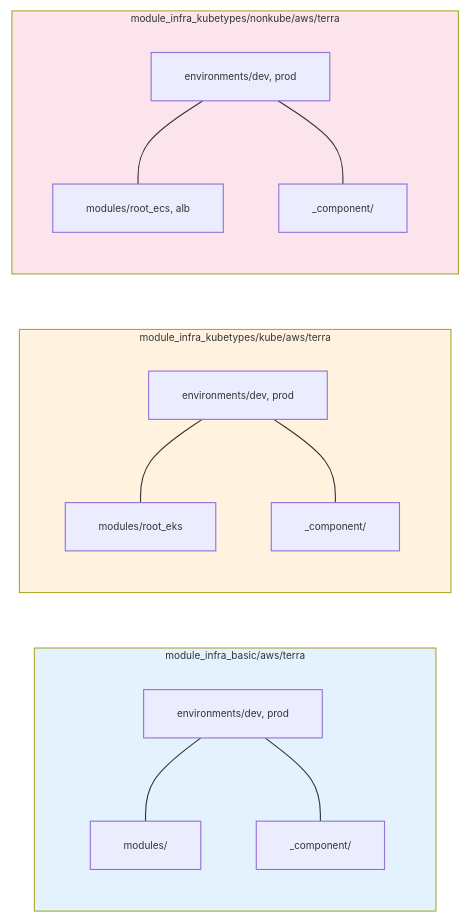
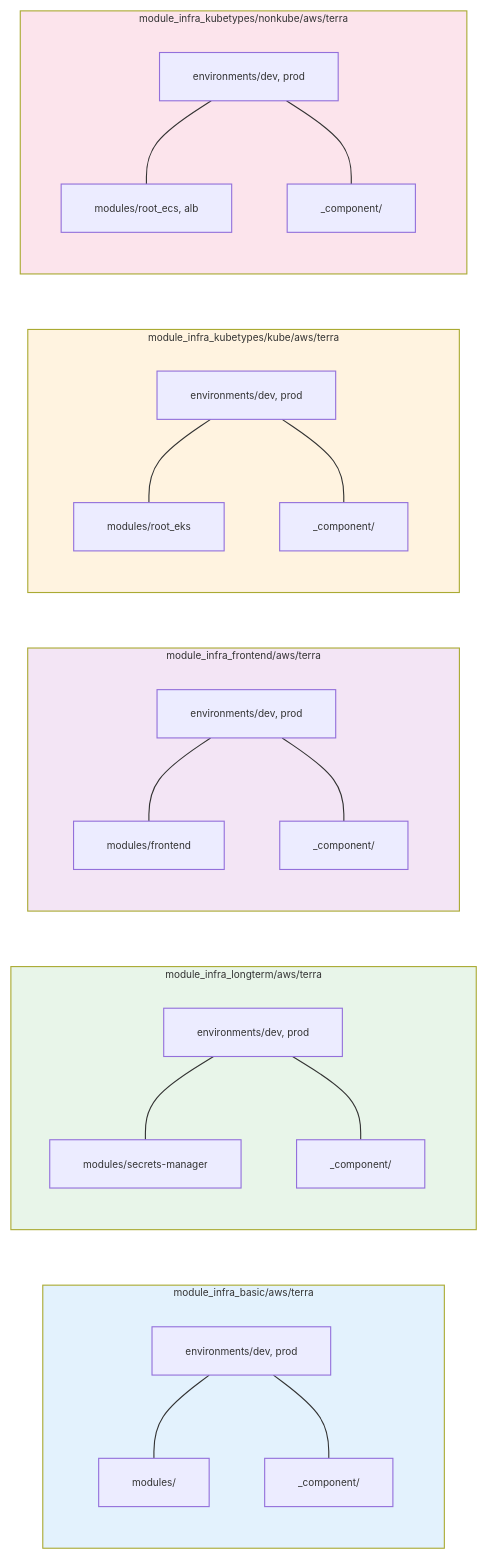
The first of 3 diagrams in docs/learned/TERRA_LEARNED_TOTAL.md (horselord-joe-8053/ultra-fru-genai-analytics), drawn with Mermaid before and after one commit. The commit also changed other lines of this file and 47 other files, not shown here.

````diff
--- a/docs/learned/TERRA_LEARNED_TOTAL.md
+++ b/docs/learned/TERRA_LEARNED_TOTAL.md
@@ -17,28 +17,44 @@
 ```mermaid
 %%{init: {'themeVariables': {'fontSize': '9px'}}}%%
 flowchart LR
   subgraph basic["module_infra_basic/aws/terra"]
     B_env[environments/dev, prod]
     B_mod[modules/]
     B_comp[_component/]
     B_env --- B_mod
     B_env --- B_comp
+  end
+  subgraph longterm["module_infra_longterm/aws/terra"]
+    L_env[environments/dev, prod]
+    L_mod[modules/secrets-manager]
+    L_comp[_component/]
+    L_env --- L_mod
+    L_env --- L_comp
+  end
+  subgraph frontend["module_infra_frontend/aws/terra"]
+    F_env[environments/dev, prod]
+    F_mod[modules/frontend]
+    F_comp[_component/]
+    F_env --- F_mod
+    F_env --- F_comp
   end
   subgraph kube["module_infra_kubetypes/kube/aws/terra"]
     K_env[environments/dev, prod]
     K_mod[modules/root_eks]
     K_comp[_component/]
     K_env --- K_mod
     K_env --- K_comp
   end
   subgraph nonkube["module_infra_kubetypes/nonkube/aws/terra"]
     N_env[environments/dev, prod]
     N_mod[modules/root_ecs, alb]
     N_comp[_component/]
     N_env --- N_mod
     N_env --- N_comp
   end
   style basic fill:#e3f2fd
+  style longterm fill:#e8f5e9
+  style frontend fill:#f3e5f5
   style kube fill:#fff3e0
   style nonkube fill:#fce4ec
 ```
````
